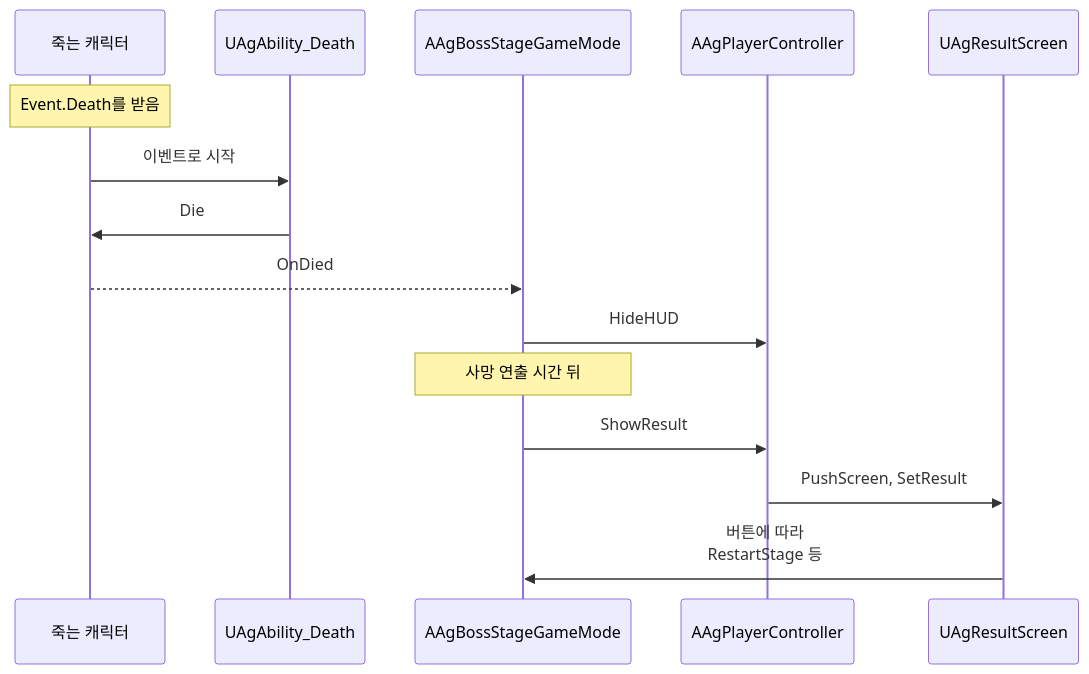
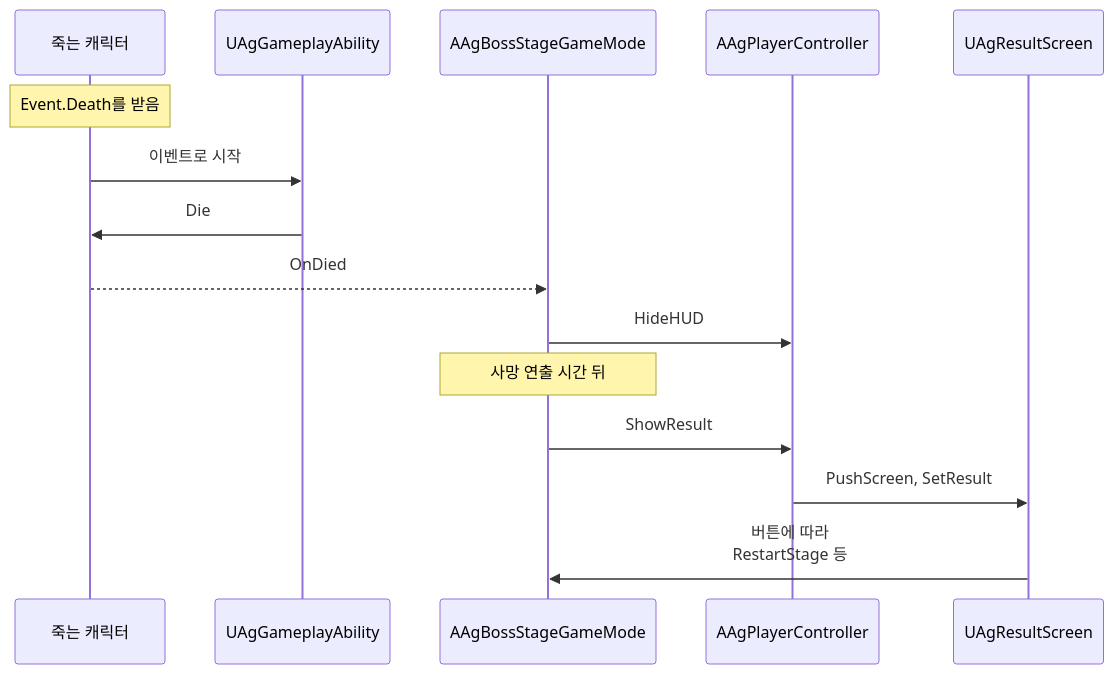
The second of 2 diagrams in Docs/Program/사망 처리.md (Woogl/Ag), drawn with Mermaid before and after one commit. The commit also changed other lines of this file and 241 other files, not shown here.

````diff
--- a/Docs/Program/사망 처리.md
+++ b/Docs/Program/사망 처리.md
@@ -40,17 +40,17 @@
 ```mermaid
 sequenceDiagram
     participant C as 죽는 캐릭터
-    participant D as UAgAbility_Death
+    participant D as UAgGameplayAbility
     participant GM as AAgBossStageGameMode
     participant PC as AAgPlayerController
     participant R as UAgResultScreen
     Note over C: Event.Death를 받음
     C->>D: 이벤트로 시작
     D->>C: Die
     C-->>GM: OnDied
     GM->>PC: HideHUD
     Note over GM: 사망 연출 시간 뒤
     GM->>PC: ShowResult
     PC->>R: PushScreen, SetResult
     R->>GM: 버튼에 따라<br>RestartStage 등
 ```
````
